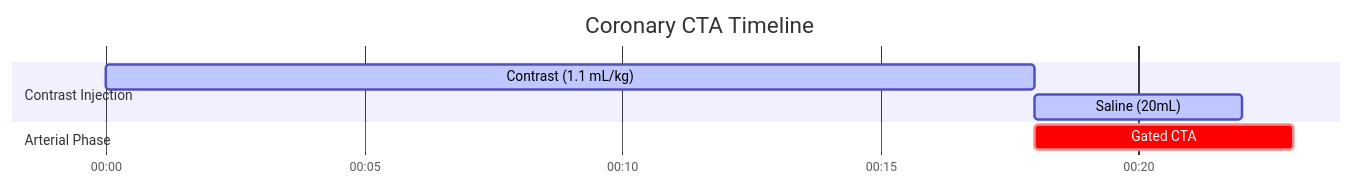
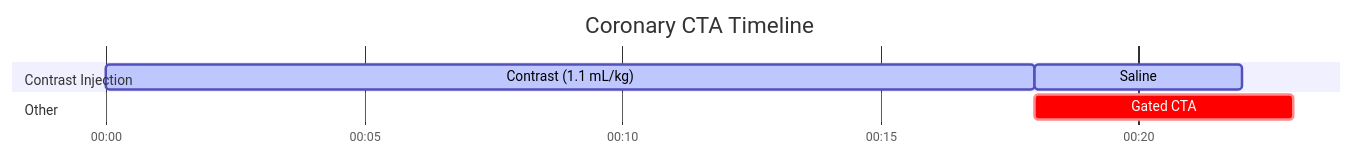
Before and after one commit to dfergs93/radiology-protocols: the diagram in docs/ct/cardiac/coronary-cta.md, drawn with Mermaid. The commit also changed other lines of this file and 101 other files, not shown here.

````diff
--- a/docs/ct/cardiac/coronary-cta.md
+++ b/docs/ct/cardiac/coronary-cta.md
@@ -91,16 +92,18 @@
   ```mermaid
   ---
+  displayMode: compact
   config:
     theme: default
+    themeCSS: " #Saline{ fill: #4ed5ff; stroke: #2094f3; } "
   ---
     gantt
       title Coronary CTA Timeline
       dateFormat mm:ss
       axisFormat %M:%S 
       
       section Contrast Injection
       Contrast (1.1 mL/kg)    :active, contrast, 00:00, 18s
-      Saline (20mL)          :active, saline, after contrast, 4s
-      section Arterial Phase
+      Saline          :active, saline, after contrast, 4s
+      section Other
       Gated CTA    :crit, scan1, after contrast, 5s
   ```
````
